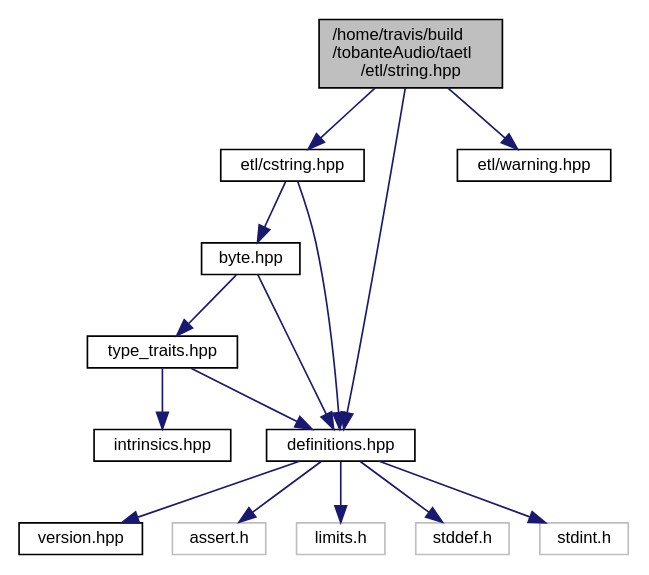
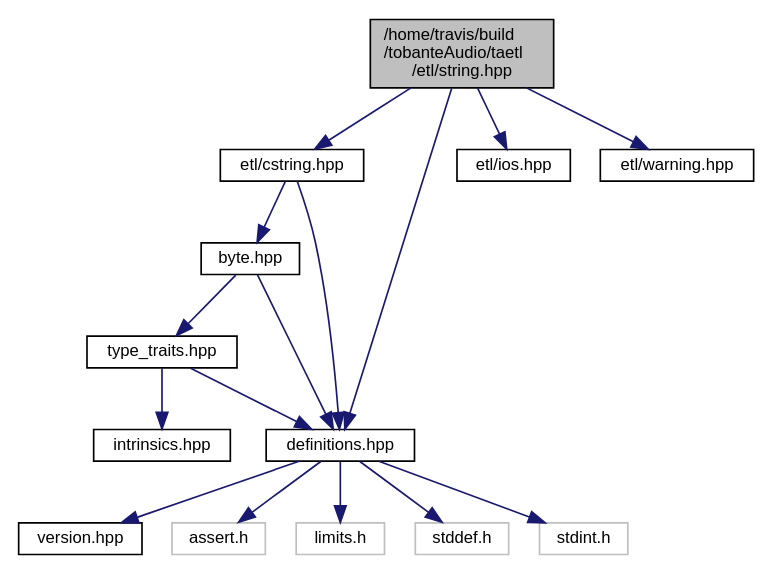
Before and after one commit to tobanteAudio/taetl: the diagram in string_8hpp__incl.dot, drawn with Graphviz. The commit also changed 223 other files, not shown here.

```diff
--- a/string_8hpp__incl.dot
+++ b/string_8hpp__incl.dot
@@ -1,31 +1,33 @@
 digraph "/home/travis/build/tobanteAudio/taetl/etl/string.hpp"
 {
   edge [fontname="Helvetica",fontsize="10",labelfontname="Helvetica",labelfontsize="10"];
   node [fontname="Helvetica",fontsize="10",shape=record];
   Node0 [label="/home/travis/build\l/tobanteAudio/taetl\l/etl/string.hpp",height=0.2,width=0.4,color="black", fillcolor="grey75", style="filled", fontcolor="black"];
   Node0 -> Node1 [color="midnightblue",fontsize="10",style="solid",fontname="Helvetica"];
   Node1 [label="etl/cstring.hpp",height=0.2,width=0.4,color="black", fillcolor="white", style="filled",URL="$cstring_8hpp.html"];
   Node1 -> Node2 [color="midnightblue",fontsize="10",style="solid",fontname="Helvetica"];
   Node2 [label="byte.hpp",height=0.2,width=0.4,color="black", fillcolor="white", style="filled",URL="$byte_8hpp.html"];
   Node2 -> Node3 [color="midnightblue",fontsize="10",style="solid",fontname="Helvetica"];
   Node3 [label="definitions.hpp",height=0.2,width=0.4,color="black", fillcolor="white", style="filled",URL="$definitions_8hpp.html"];
   Node3 -> Node4 [color="midnightblue",fontsize="10",style="solid",fontname="Helvetica"];
   Node4 [label="version.hpp",height=0.2,width=0.4,color="black", fillcolor="white", style="filled",URL="$version_8hpp.html"];
   Node3 -> Node5 [color="midnightblue",fontsize="10",style="solid",fontname="Helvetica"];
   Node5 [label="assert.h",height=0.2,width=0.4,color="grey75", fillcolor="white", style="filled"];
   Node3 -> Node6 [color="midnightblue",fontsize="10",style="solid",fontname="Helvetica"];
   Node6 [label="limits.h",height=0.2,width=0.4,color="grey75", fillcolor="white", style="filled"];
   Node3 -> Node7 [color="midnightblue",fontsize="10",style="solid",fontname="Helvetica"];
   Node7 [label="stddef.h",height=0.2,width=0.4,color="grey75", fillcolor="white", style="filled"];
   Node3 -> Node8 [color="midnightblue",fontsize="10",style="solid",fontname="Helvetica"];
   Node8 [label="stdint.h",height=0.2,width=0.4,color="grey75", fillcolor="white", style="filled"];
   Node2 -> Node9 [color="midnightblue",fontsize="10",style="solid",fontname="Helvetica"];
   Node9 [label="type_traits.hpp",height=0.2,width=0.4,color="black", fillcolor="white", style="filled",URL="$type__traits_8hpp.html"];
   Node9 -> Node3 [color="midnightblue",fontsize="10",style="solid",fontname="Helvetica"];
   Node9 -> Node10 [color="midnightblue",fontsize="10",style="solid",fontname="Helvetica"];
   Node10 [label="intrinsics.hpp",height=0.2,width=0.4,color="black", fillcolor="white", style="filled",URL="$intrinsics_8hpp.html"];
   Node1 -> Node3 [color="midnightblue",fontsize="10",style="solid",fontname="Helvetica"];
   Node0 -> Node3 [color="midnightblue",fontsize="10",style="solid",fontname="Helvetica"];
   Node0 -> Node11 [color="midnightblue",fontsize="10",style="solid",fontname="Helvetica"];
-  Node11 [label="etl/warning.hpp",height=0.2,width=0.4,color="black", fillcolor="white", style="filled",URL="$warning_8hpp.html"];
+  Node11 [label="etl/ios.hpp",height=0.2,width=0.4,color="black", fillcolor="white", style="filled",URL="$ios_8hpp.html"];
+  Node0 -> Node12 [color="midnightblue",fontsize="10",style="solid",fontname="Helvetica"];
+  Node12 [label="etl/warning.hpp",height=0.2,width=0.4,color="black", fillcolor="white", style="filled",URL="$warning_8hpp.html"];
 }
```
